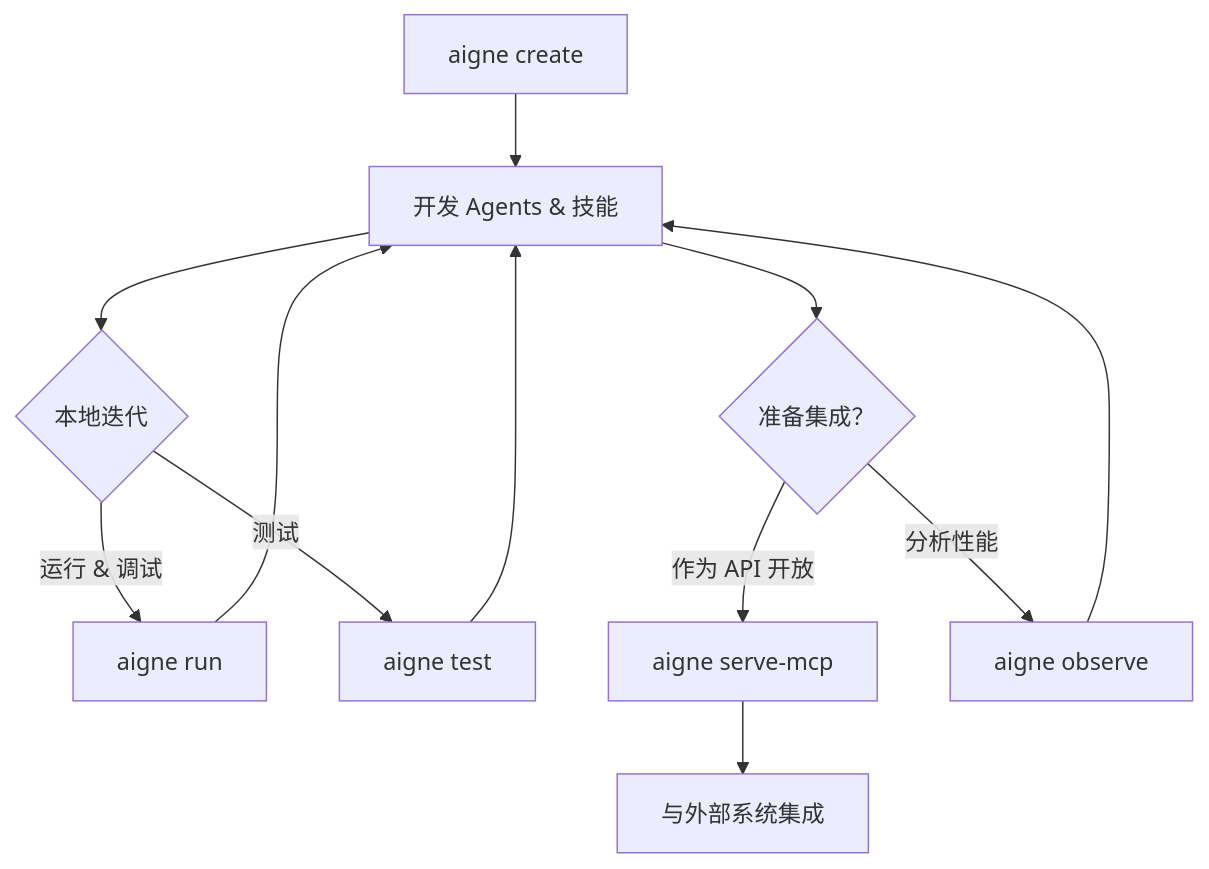
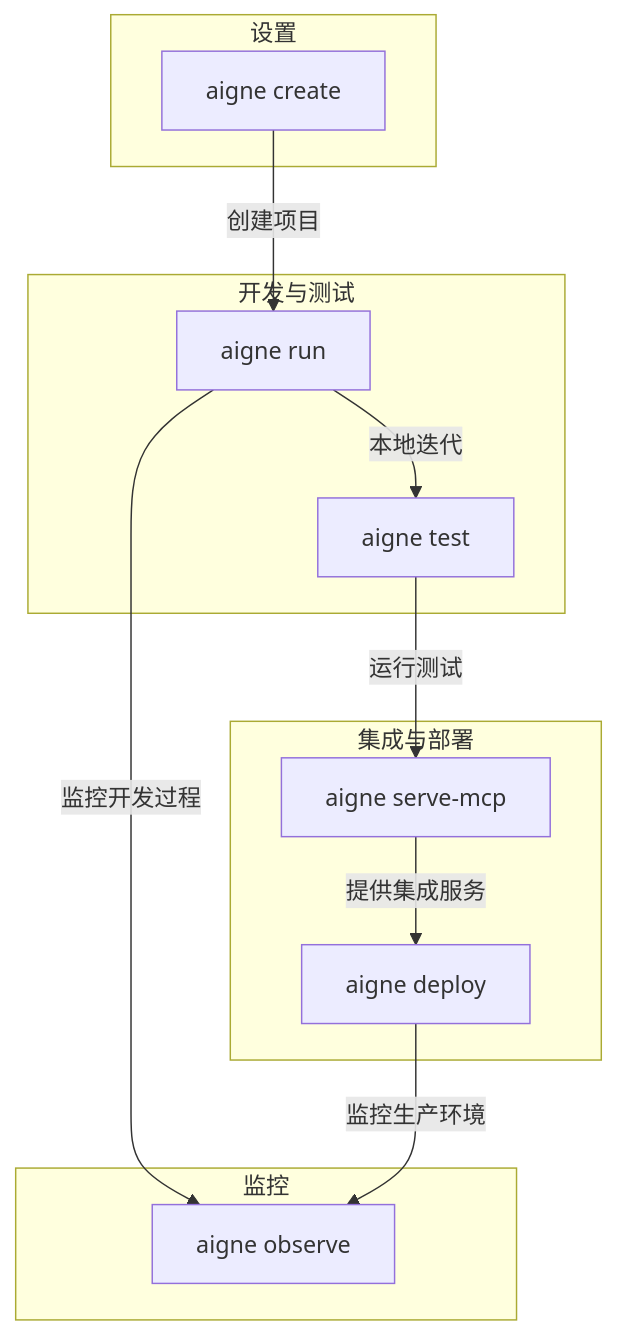
One commit to AIGNE-io/aigne-framework changed the diagram in packages/cli/docs/overview.zh.md. Above: the diagram before and after it, drawn with Mermaid. The commit also changed other lines of this file and 24 other files, not shown here.

````diff
--- a/packages/cli/docs/overview.zh.md
+++ b/packages/cli/docs/overview.zh.md
@@ -21,14 +19,27 @@
 ```mermaid
 flowchart TD
-    A["aigne create"] --> B["开发 Agents & 技能"];
-    B --> C{"本地迭代"};
-    C -- "运行 & 调试" --> D["aigne run"];
-    C -- "测试" --> E["aigne test"];
-    D --> B;
-    E --> B;
-    B --> F{"准备集成？"};
-    F -- "作为 API 开放" --> G["aigne serve-mcp"];
-    F -- "分析性能" --> H["aigne observe"];
-    G --> I["与外部系统集成"];
-    H --> B;
+    subgraph "设置"
+        A["aigne create"]
+    end
+
+    subgraph "开发与测试"
+        B["aigne run"]
+        C["aigne test"]
+    end
+
+    subgraph "集成与部署"
+        D["aigne serve-mcp"]
+        E["aigne deploy"]
+    end
+
+    subgraph "监控"
+        F["aigne observe"]
+    end
+
+    A -- "创建项目" --> B
+    B -- "本地迭代" --> C
+    C -- "运行测试" --> D
+    D -- "提供集成服务" --> E
+    B -- "监控开发过程" --> F
+    E -- "监控生产环境" --> F
 ```
````
